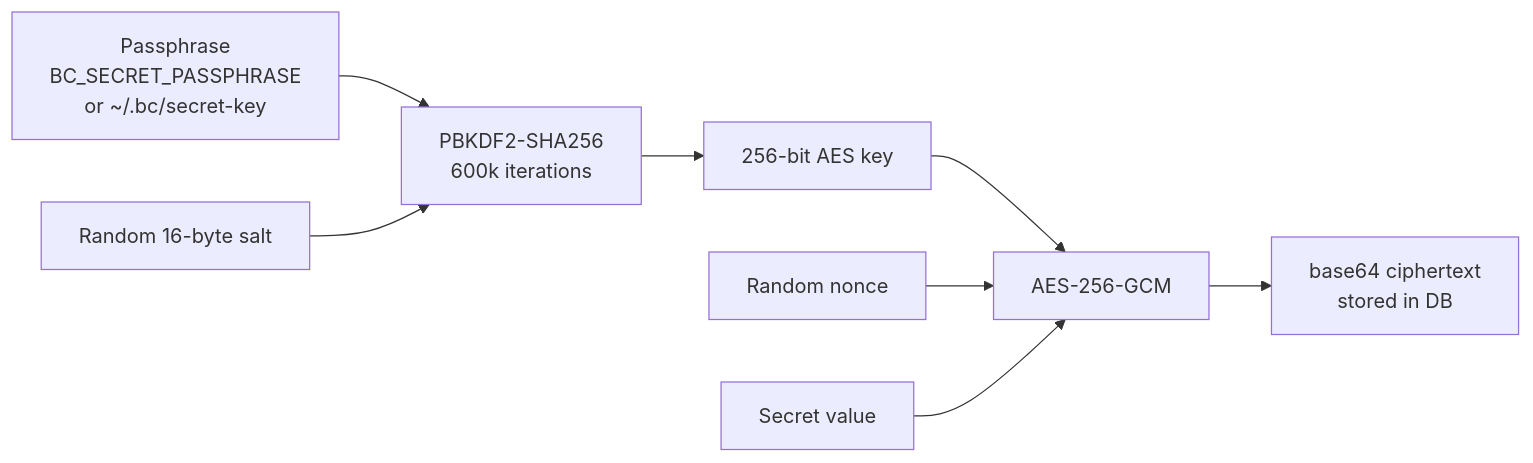
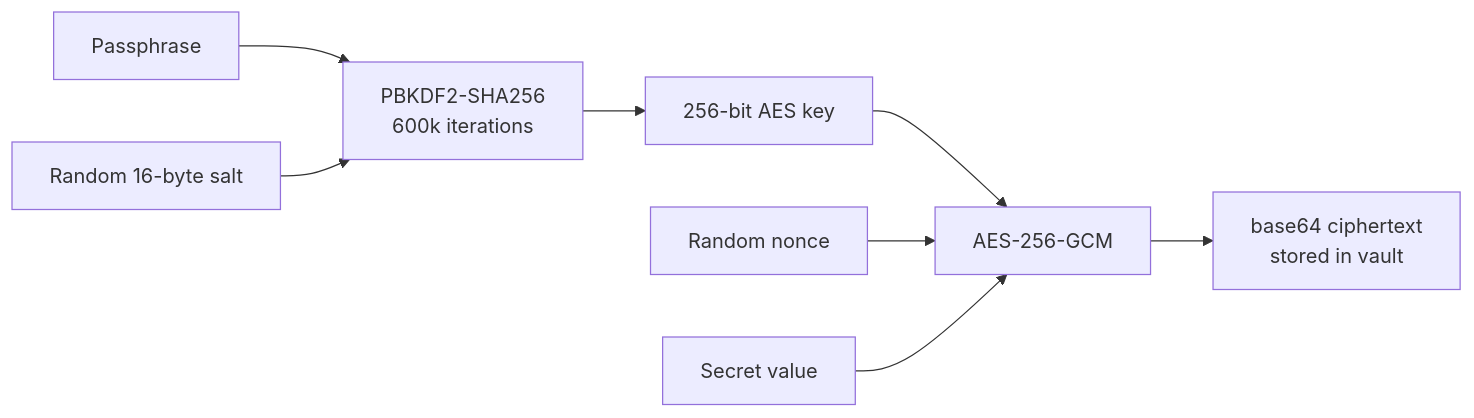
Before and after one commit to rpuneet/bc: the second of 3 diagrams in docs/explanation/database.md, drawn with Mermaid. The commit also changed other lines of this file and 4 other files, not shown here.

First line of the commit message:
docs(architecture): rewrite web-ui, tui, database, deployment, architecture from source (#3251 part A)

````diff
--- a/docs/explanation/database.md
+++ b/docs/explanation/database.md
@@ -217,10 +133,10 @@
 ```mermaid
 graph LR
-    PASS[Passphrase<br/>BC_SECRET_PASSPHRASE<br/>or ~/.bc/secret-key] --> PBKDF2[PBKDF2-SHA256<br/>600k iterations]
+    PASS[Passphrase] --> PBKDF2[PBKDF2-SHA256<br/>600k iterations]
     SALT[Random 16-byte salt] --> PBKDF2
     PBKDF2 --> KEY[256-bit AES key]
     KEY --> GCM[AES-256-GCM]
     NONCE[Random nonce] --> GCM
     PLAIN[Secret value] --> GCM
-    GCM --> CIPHER[base64 ciphertext<br/>stored in DB]
+    GCM --> CIPHER[base64 ciphertext<br/>stored in vault]
 ```
````
